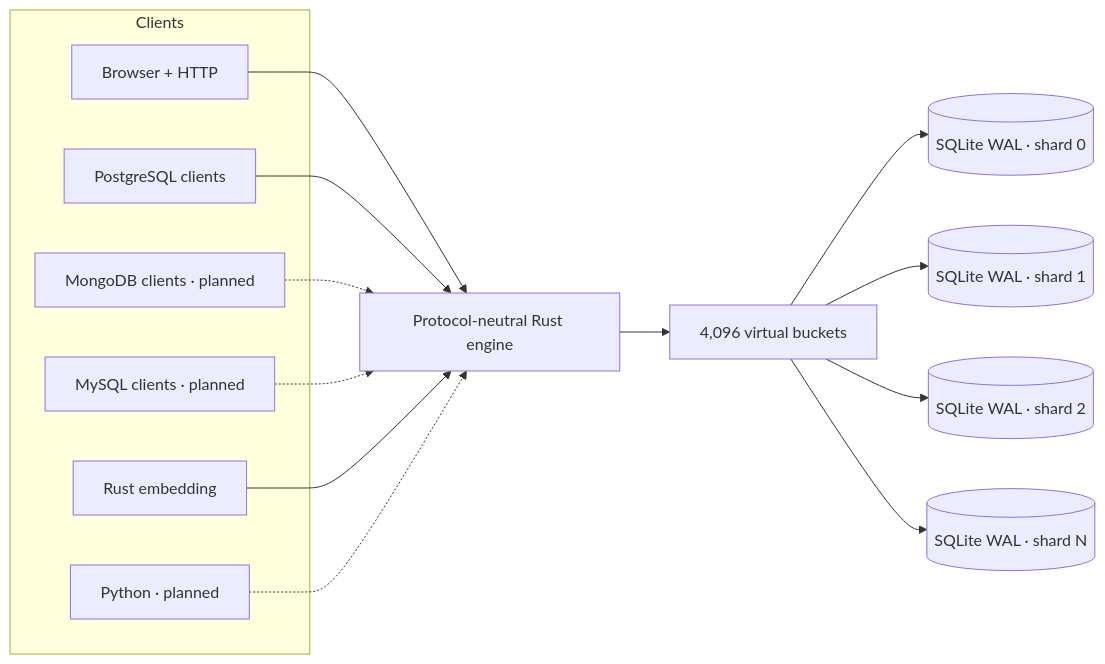
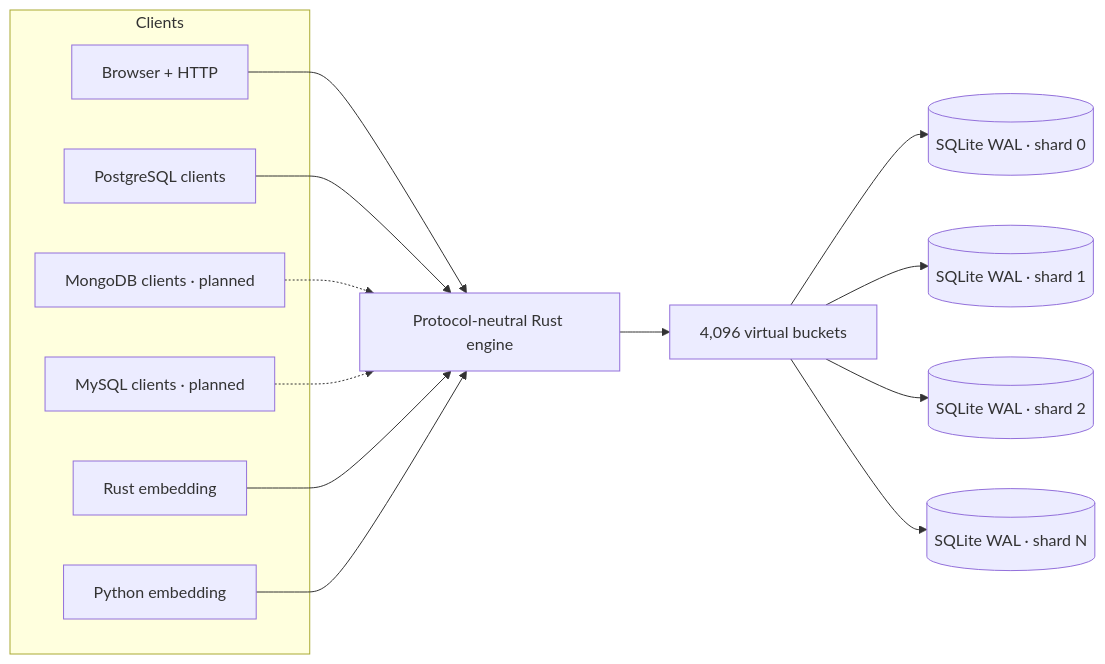
One commit to schapman1974/briskdb changed the diagram in README.md. Above: the diagram before and after it, drawn with Mermaid. The commit also changed other lines of this file and 12 other files, not shown here.

````diff
--- a/README.md
+++ b/README.md
@@ -39,24 +39,24 @@
 ```mermaid
 flowchart LR
     subgraph Clients
         WEB[Browser + HTTP]
         PG[PostgreSQL clients]
         MONGO[MongoDB clients · planned]
         MYSQL[MySQL clients · planned]
         RUST[Rust embedding]
-        PY[Python · planned]
+        PY[Python embedding]
     end
 
     WEB --> ENGINE
     PG --> ENGINE
     MONGO -.-> ENGINE
     MYSQL -.-> ENGINE
     RUST --> ENGINE
-    PY -.-> ENGINE
+    PY --> ENGINE
 
     ENGINE[Protocol-neutral Rust engine] --> ROUTER[4,096 virtual buckets]
     ROUTER --> S0[(SQLite WAL · shard 0)]
     ROUTER --> S1[(SQLite WAL · shard 1)]
     ROUTER --> S2[(SQLite WAL · shard 2)]
     ROUTER --> SN[(SQLite WAL · shard N)]
 ```
````
